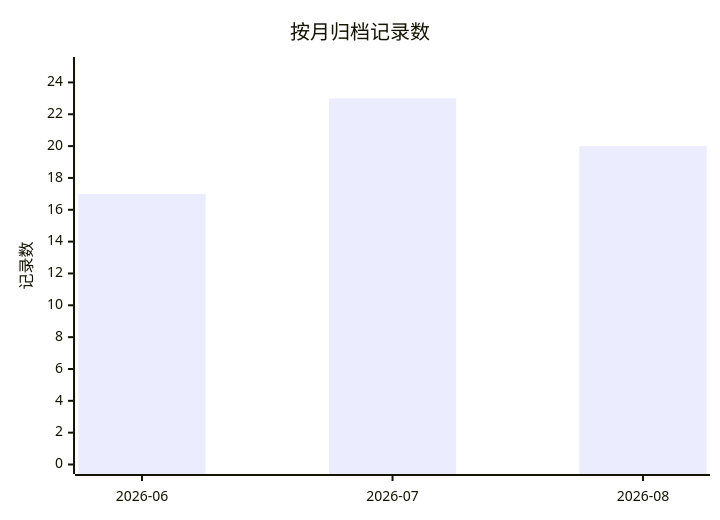
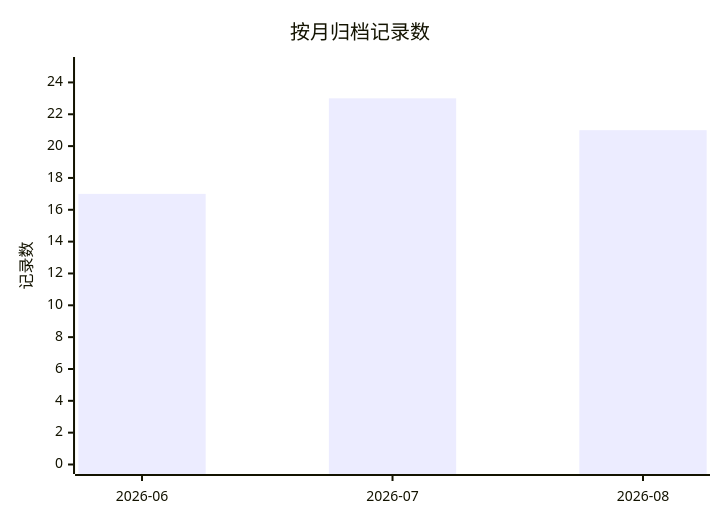
One commit to golddream-y/obsidian-ratel changed the first of 2 diagrams in docs/superpowers/ARCHIVE.md. Above: the diagram before and after it, drawn with Mermaid. The commit also changed other lines of this file and 3 other files, not shown here.

````diff
--- a/docs/superpowers/ARCHIVE.md
+++ b/docs/superpowers/ARCHIVE.md
@@ -14,7 +14,7 @@
 ```mermaid
 xychart-beta
     title "按月归档记录数"
     x-axis ["2026-06", "2026-07", "2026-08"]
     y-axis "记录数" 0 --> 25
-    bar [17, 23, 20]
+    bar [17, 23, 21]
 ```
````
